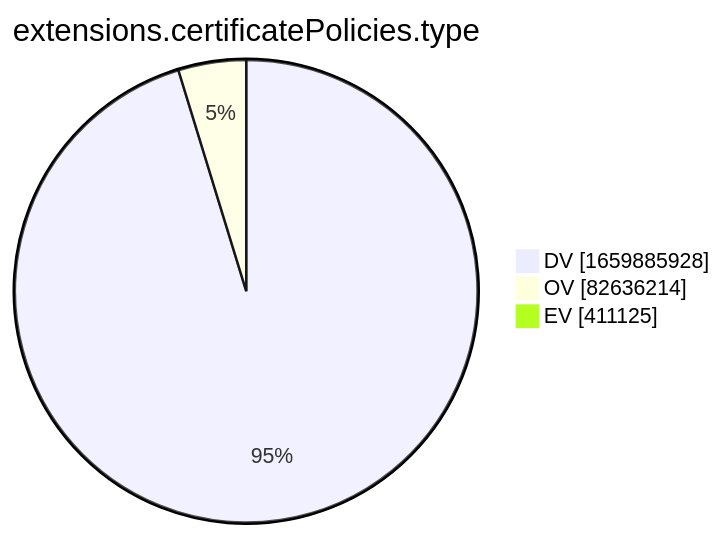
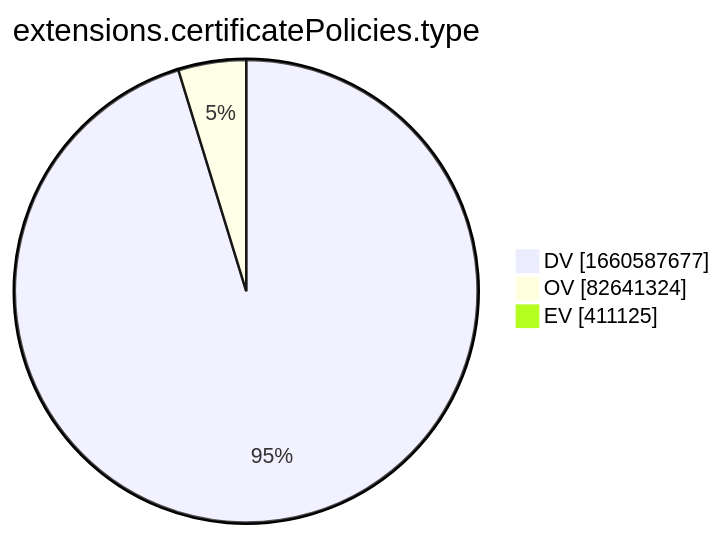
One commit to christiankrug/ctmonitor_visualization changed the tenth of 15 diagrams in xenon2022/README.md. Above: the diagram before and after it, drawn with Mermaid. The commit also changed other lines of this file, not shown here.

````diff
--- a/xenon2022/README.md
+++ b/xenon2022/README.md
@@ -2880,7 +2880,7 @@
 ```mermaid
 pie showData
 title extensions.certificatePolicies.type
-"DV" :1659885928
-"OV" :82636214
+"DV" :1660587677
+"OV" :82641324
 "EV" :411125
 ```
````
